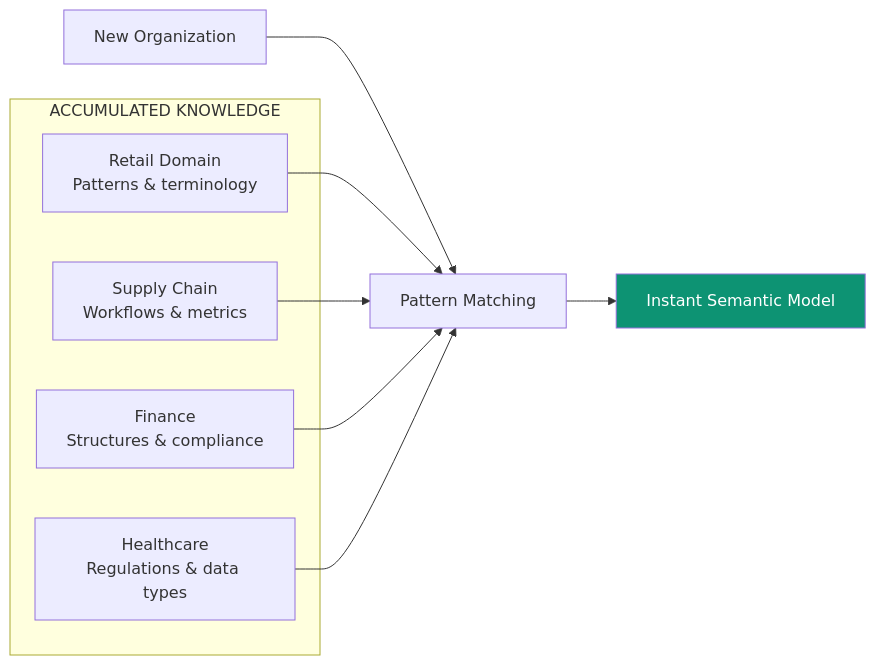
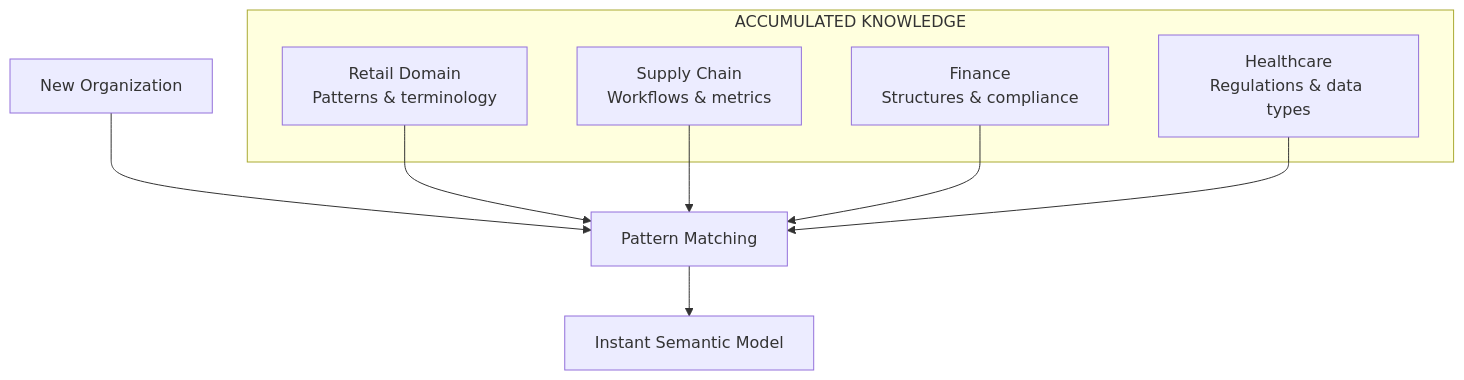
Before and after one commit to ashishsuperatom/tech-docs: the third of 4 diagrams in ip/semantic-modeling.mdx, drawn with Mermaid. The commit also changed other lines of this file and 37 other files, not shown here.

First line of the commit message:
Clean up docs: remove em-dashes, fix mermaid diagrams, remove emojis

````diff
--- a/ip/semantic-modeling.mdx
+++ b/ip/semantic-modeling.mdx
@@ -219,15 +217,14 @@
 ```mermaid
-flowchart LR
+flowchart TD
     subgraph LEARNING["ACCUMULATED KNOWLEDGE"]
         K1["Retail Domain<br>Patterns & terminology"]
         K2["Supply Chain<br>Workflows & metrics"]
         K3["Finance<br>Structures & compliance"]
         K4["Healthcare<br>Regulations & data types"]
     end
 
     NEW["New Organization"] --> MATCH["Pattern Matching"]
     K1 & K2 & K3 & K4 --> MATCH
     MATCH --> MODEL["Instant Semantic Model"]
 
-    style MODEL fill:#0D9373,color:#fff
 ```
````
